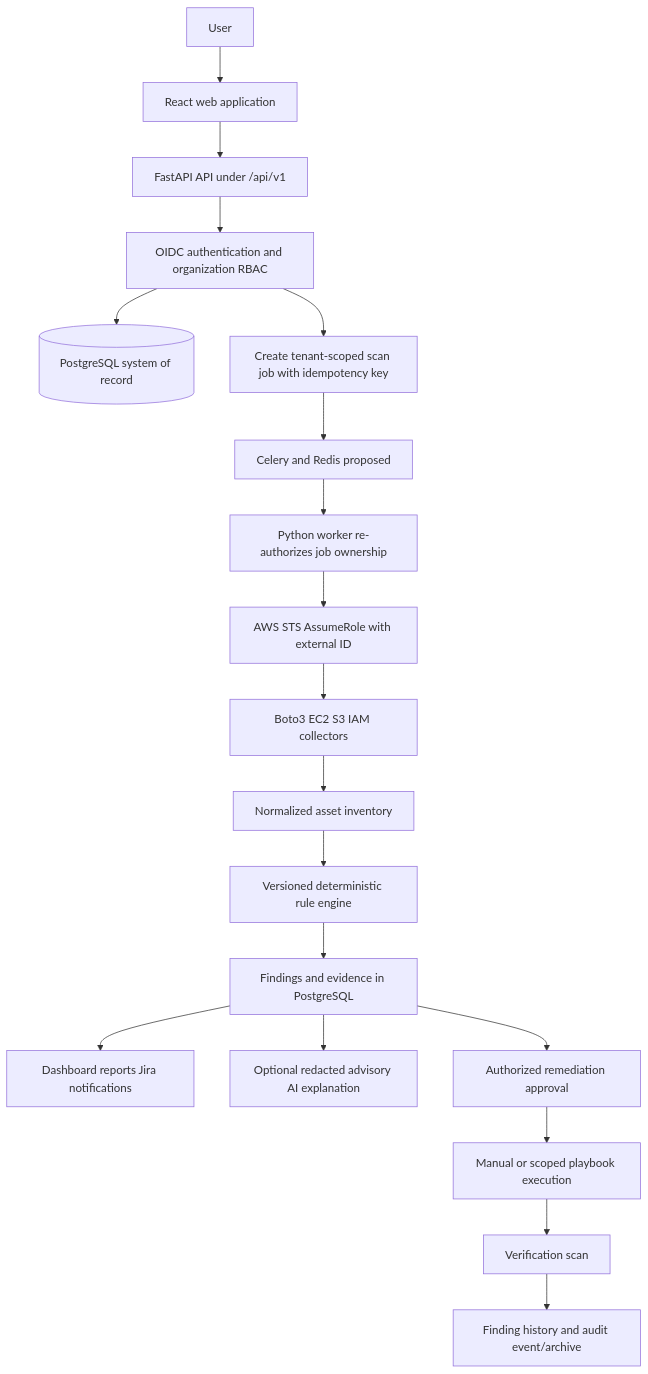
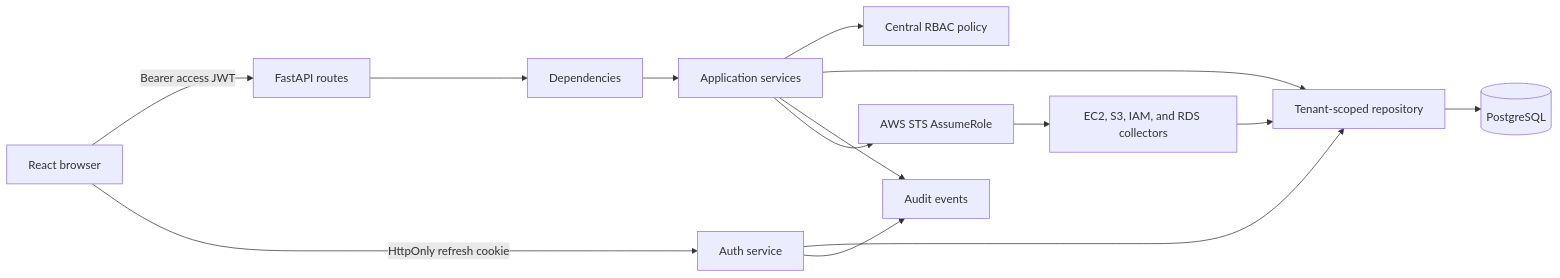
The second of 2 diagrams in NEW_CHAT_CONTEXT.md (cloudops-project/CloudOps), drawn with Mermaid before and after one commit. The commit also changed other lines of this file and 63 other files, not shown here.

````diff
--- a/NEW_CHAT_CONTEXT.md
+++ b/NEW_CHAT_CONTEXT.md
@@ -117,21 +90,16 @@
 ```mermaid
-flowchart TD
-  U[User] --> WEB[React web application]
-  WEB --> API[FastAPI API under /api/v1]
-  API --> AUTH[OIDC authentication and organization RBAC]
-  AUTH --> DB[(PostgreSQL system of record)]
-  AUTH --> JOB[Create tenant-scoped scan job with idempotency key]
-  JOB --> Q[Celery and Redis proposed]
-  Q --> W[Python worker re-authorizes job ownership]
-  W --> STS[AWS STS AssumeRole with external ID]
-  STS --> C[Boto3 EC2 S3 IAM collectors]
-  C --> INV[Normalized asset inventory]
-  INV --> RULE[Versioned deterministic rule engine]
-  RULE --> FIND[Findings and evidence in PostgreSQL]
-  FIND --> OUT[Dashboard reports Jira notifications]
-  FIND --> AI[Optional redacted advisory AI explanation]
-  FIND --> APP[Authorized remediation approval]
-  APP --> REM[Manual or scoped playbook execution]
-  REM --> VER[Verification scan]
-  VER --> AUD[Finding history and audit event/archive]
+flowchart LR
+  B[React browser] -->|Bearer access JWT| R[FastAPI routes]
+  B -->|HttpOnly refresh cookie| A[Auth service]
+  R --> D[Dependencies]
+  D --> S[Application services]
+  S --> P[Central RBAC policy]
+  S --> Q[Tenant-scoped repository]
+  A --> Q
+  Q --> DB[(PostgreSQL)]
+  S --> E[Audit events]
+  A --> E
+  S --> STS[AWS STS AssumeRole]
+  STS --> C[EC2, S3, IAM, and RDS collectors]
+  C --> Q
 ```
````
